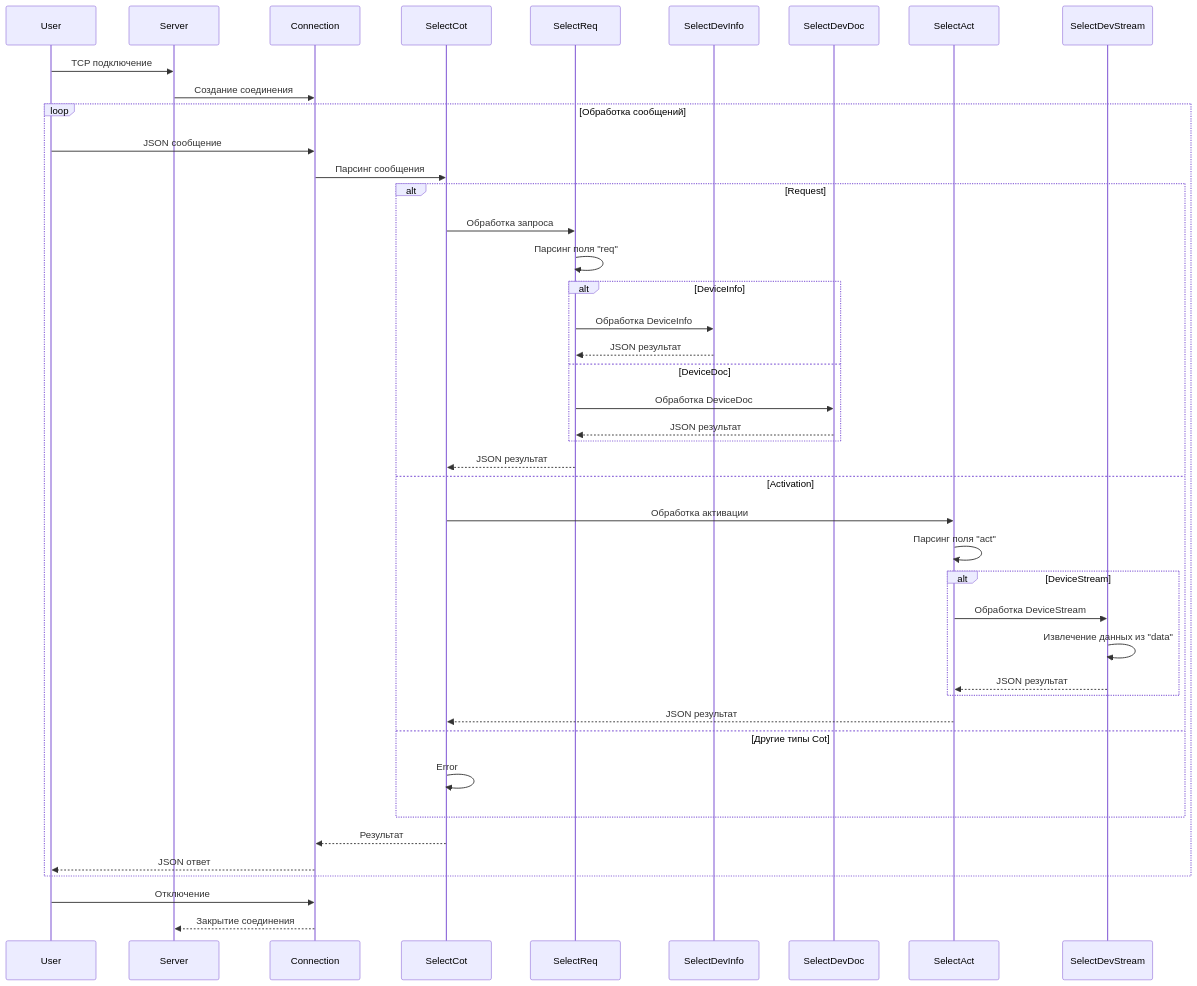
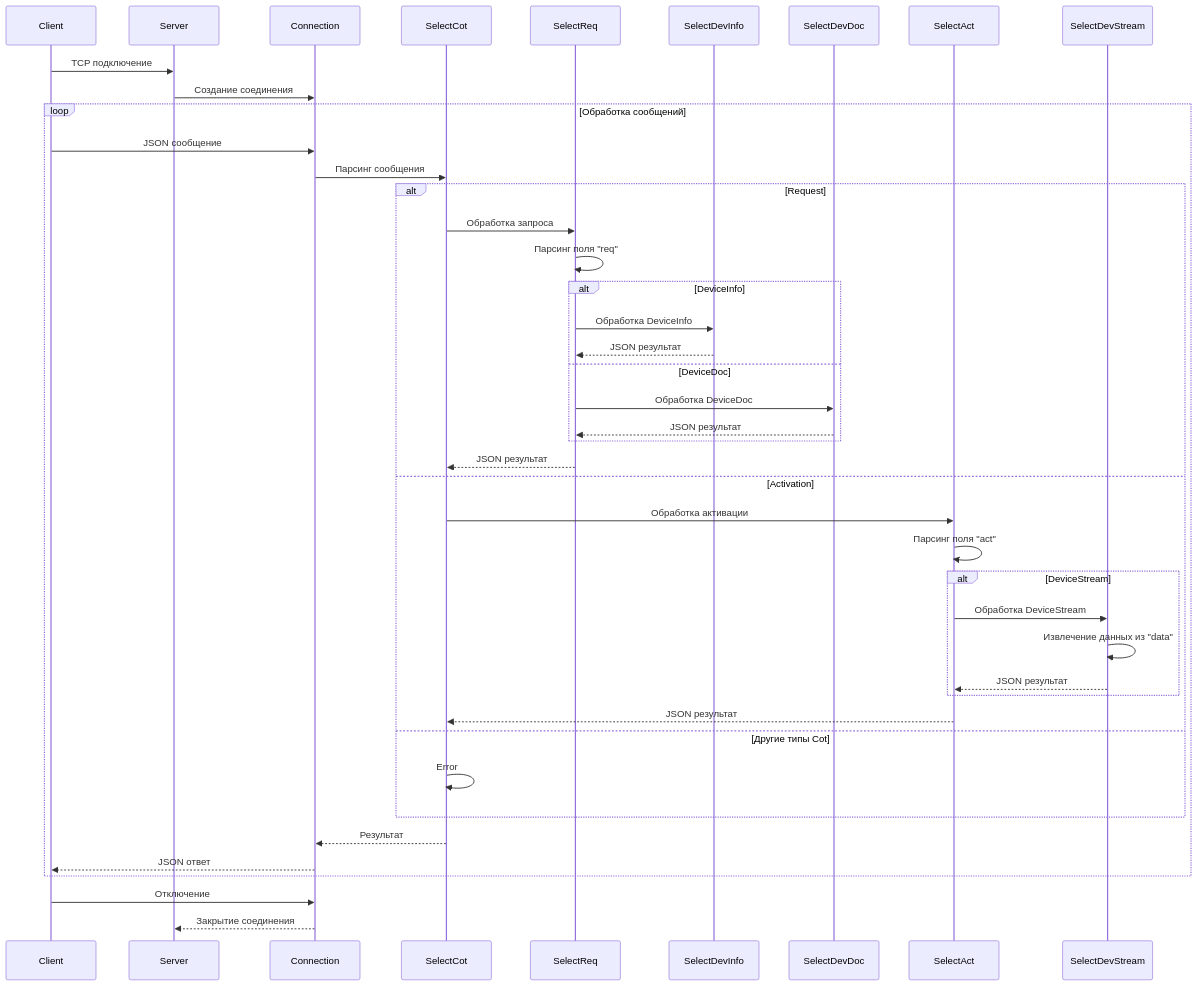
One commit to a-givertzman/idm-server changed the first of 2 diagrams in design/idm-server.md. Above: the diagram before and after it, drawn with Mermaid.

Commit message:
Documentation | fixs

````diff
--- a/design/idm-server.md
+++ b/design/idm-server.md
@@ -82,42 +82,42 @@
 ```mermaid
 sequenceDiagram 
-    User->>Server: TCP подключение
+    Client->>Server: TCP подключение
     Server->>Connection: Создание соединения
     
     loop Обработка сообщений
-        User->>Connection: JSON сообщение
+        Client->>Connection: JSON сообщение
         Connection->>SelectCot: Парсинг сообщения
         
 				alt Request
 					SelectCot->>SelectReq: Обработка запроса 
 					SelectReq->>SelectReq: Парсинг поля "req"
 					alt DeviceInfo 
 						SelectReq->>SelectDevInfo: Обработка DeviceInfo 
 						SelectDevInfo-->>SelectReq: JSON результат 
 					else DeviceDoc 
 						SelectReq->>SelectDevDoc: Обработка DeviceDoc
 						SelectDevDoc-->>SelectReq: JSON результат	
 					end
 					SelectReq-->>SelectCot: JSON результат
 					
 				else Activation
 					SelectCot->>SelectAct: Обработка активации 
 					SelectAct->>SelectAct: Парсинг поля "act"
 					alt DeviceStream 
 						SelectAct->>SelectDevStream: Обработка DeviceStream 
 						SelectDevStream->>SelectDevStream: Извлечение данных из "data" 
 						SelectDevStream-->>SelectAct: JSON результат
 					end
 					SelectAct-->>SelectCot: JSON результат
 					
 				else Другие типы Cot 
 					SelectCot->>SelectCot: Error
 				end
 				
         SelectCot-->>Connection: Результат
-        Connection-->>User: JSON ответ
+        Connection-->>Client: JSON ответ
     end
     
-    User->>Connection: Отключение
+    Client->>Connection: Отключение
     Connection-->>Server: Закрытие соединения
 ```
````
